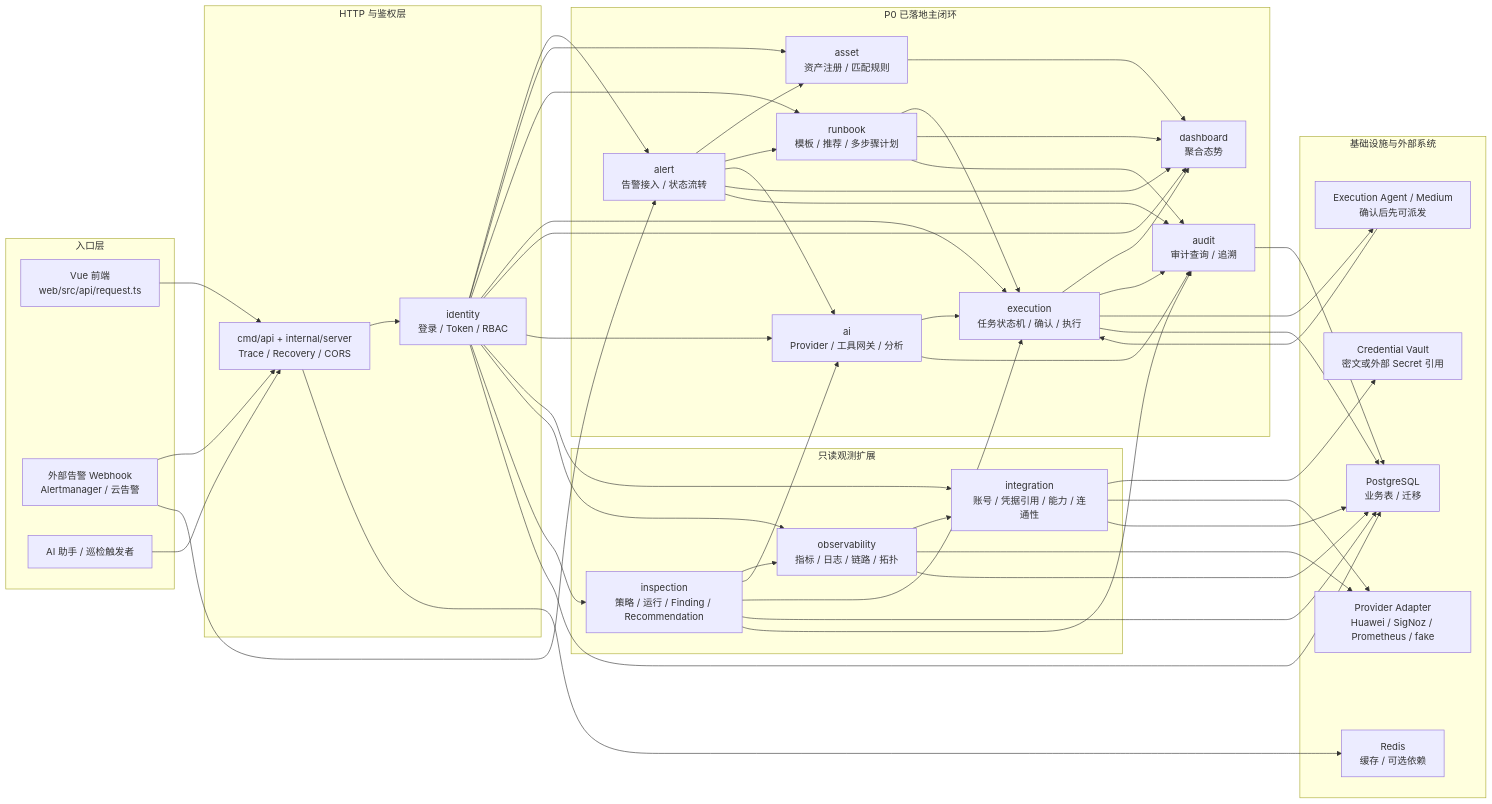
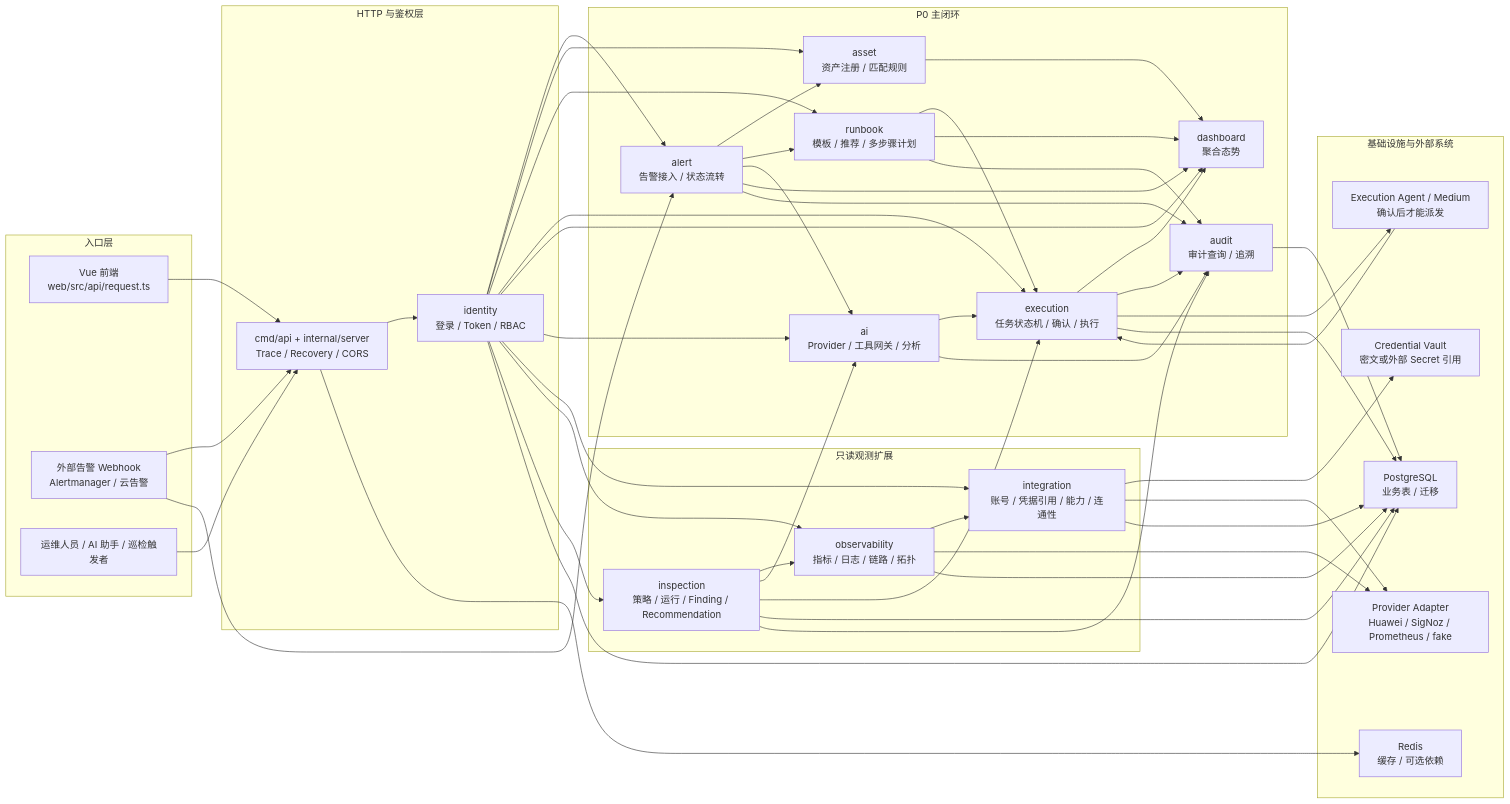
One commit to 734965549/aiops changed the first of 2 diagrams in docs/AI运维平台整体流程与调用关系.md. Above: the diagram before and after it, drawn with Mermaid. The commit also changed other lines of this file and 41 other files, not shown here.

```diff
--- a/docs/AI运维平台整体流程与调用关系.md
+++ b/docs/AI运维平台整体流程与调用关系.md
@@ -17,7 +17,7 @@
     subgraph Client["入口层"]
         UI["Vue 前端<br/>web/src/api/request.ts"]
         Webhook["外部告警 Webhook<br/>Alertmanager / 云告警"]
-        AgentUser["AI 助手 / 巡检触发者"]
+        Operator["运维人员 / AI 助手 / 巡检触发者"]
     end
 
     subgraph HTTP["HTTP 与鉴权层"]
@@ -25,7 +25,7 @@
         Identity["identity<br/>登录 / Token / RBAC"]
     end
 
-    subgraph P0["P0 已落地主闭环"]
+    subgraph P0["P0 主闭环"]
         Alert["alert<br/>告警接入 / 状态流转"]
         Asset["asset<br/>资产注册 / 匹配规则"]
         Runbook["runbook<br/>模板 / 推荐 / 多步骤计划"]
@@ -46,12 +46,12 @@
         Redis["Redis<br/>缓存 / 可选依赖"]
         Provider["Provider Adapter<br/>Huawei / SigNoz / Prometheus / fake"]
         Credential["Credential Vault<br/>密文或外部 Secret 引用"]
-        ExecAgent["Execution Agent / Medium<br/>确认后先可派发"]
+        ExecAgent["Execution Agent / Medium<br/>确认后才能派发"]
     end
 
     UI --> Server
     Webhook --> Server
-    AgentUser --> Server
+    Operator --> Server
     Server --> Identity
 
     Identity --> Alert
@@ -74,9 +74,9 @@
     Alert --> Dashboard
     Asset --> Dashboard
     Runbook --> Dashboard
-    Execution --> Audit
     Alert --> Audit
     Runbook --> Audit
+    Execution --> Audit
     AI --> Audit
 
     Integration --> Credential
```
